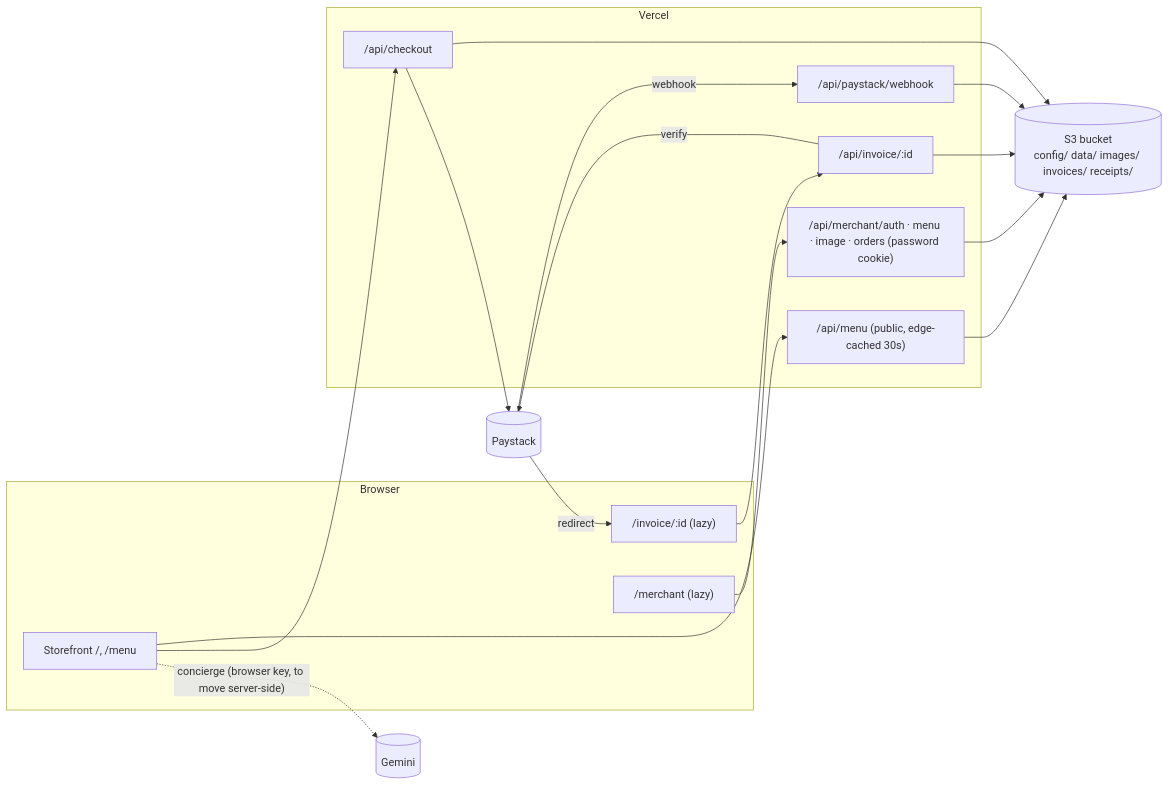
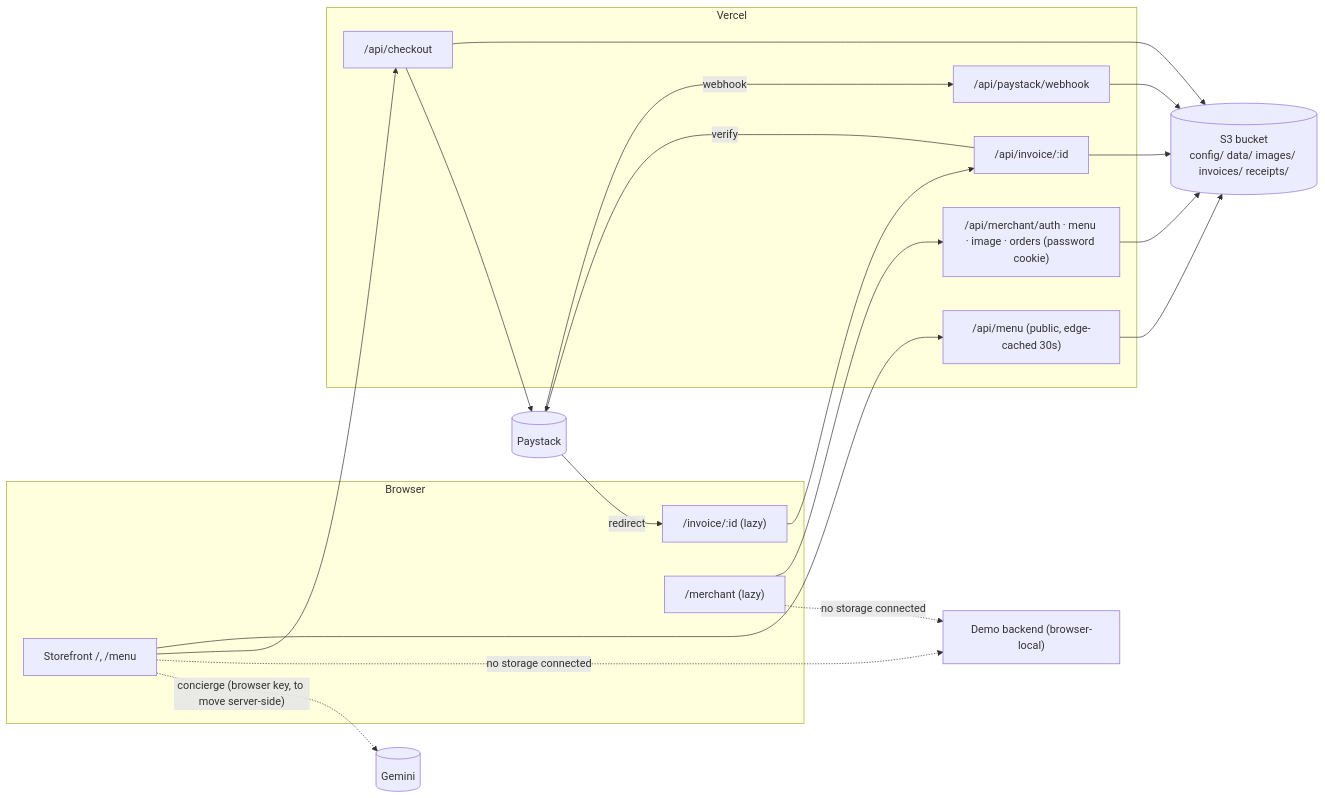
The diagram in docs/ARCHITECTURE.md (Pyrex611/jays-bistro), drawn with Mermaid before and after one commit. The commit also changed other lines of this file and 121 other files, not shown here.

````diff
--- a/docs/ARCHITECTURE.md
+++ b/docs/ARCHITECTURE.md
@@ -3,27 +3,29 @@
 ```mermaid
 flowchart LR
   subgraph Browser
     SF["Storefront /, /menu"]
     INV["/invoice/:id (lazy)"]
     MP["/merchant (lazy)"]
   end
   subgraph Vercel
     A1["/api/menu (public, edge-cached 30s)"]
     A2["/api/checkout"]
     A3["/api/invoice/:id"]
     A4["/api/paystack/webhook"]
     M["/api/merchant/auth · menu · image · orders (password cookie)"]
   end
   S3[("S3 bucket\nconfig/ data/ images/ invoices/ receipts/")]
   PS[(Paystack)]
   AI[(Gemini)]
   SF --> A1 --> S3
   SF --> A2 --> S3
   A2 --> PS
   INV --> A3 --> S3
   A3 -->|verify| PS
   PS -->|redirect| INV
   PS -->|webhook| A4 --> S3
   MP --> M --> S3
+  SF -. no storage connected .-> DEMO["Demo backend (browser-local)"]
+  MP -. no storage connected .-> DEMO
   SF -. concierge (browser key, to move server-side) .-> AI
 ```
````
